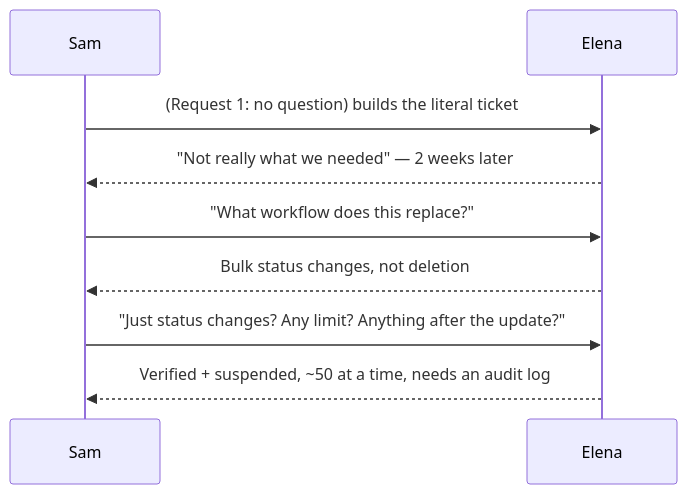
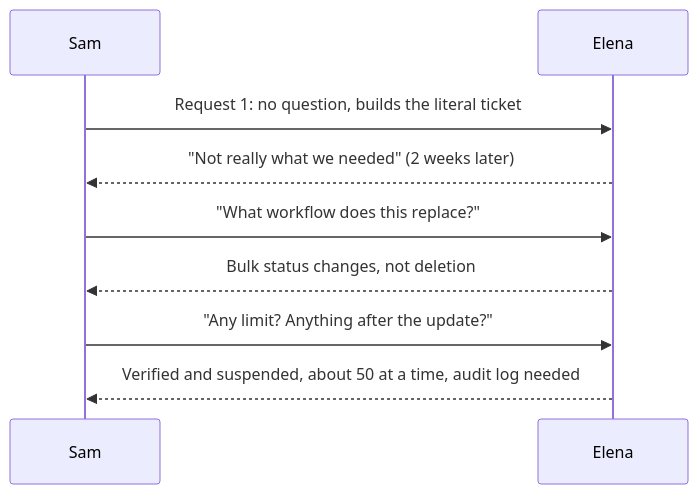
One commit to francoandreDev/knowledge changed the first of 2 diagrams in src/content/product-domain/requirements-gathering/L3-deep-dive.mdx. Above: the diagram before and after it, drawn with Mermaid. The commit also changed other lines of this file and 3 other files, not shown here.

````diff
--- a/src/content/product-domain/requirements-gathering/L3-deep-dive.mdx
+++ b/src/content/product-domain/requirements-gathering/L3-deep-dive.mdx
@@ -135,11 +117,11 @@
 ```mermaid
 sequenceDiagram
     participant Sam
     participant Elena
-    Sam->>Elena: (Request 1: no question) builds the literal ticket
-    Elena-->>Sam: "Not really what we needed" — 2 weeks later
+    Sam->>Elena: Request 1: no question, builds the literal ticket
+    Elena-->>Sam: "Not really what we needed" (2 weeks later)
     Sam->>Elena: "What workflow does this replace?"
     Elena-->>Sam: Bulk status changes, not deletion
-    Sam->>Elena: "Just status changes? Any limit? Anything after the update?"
-    Elena-->>Sam: Verified + suspended, ~50 at a time, needs an audit log
+    Sam->>Elena: "Any limit? Anything after the update?"
+    Elena-->>Sam: Verified and suspended, about 50 at a time, audit log needed
 ```
````
